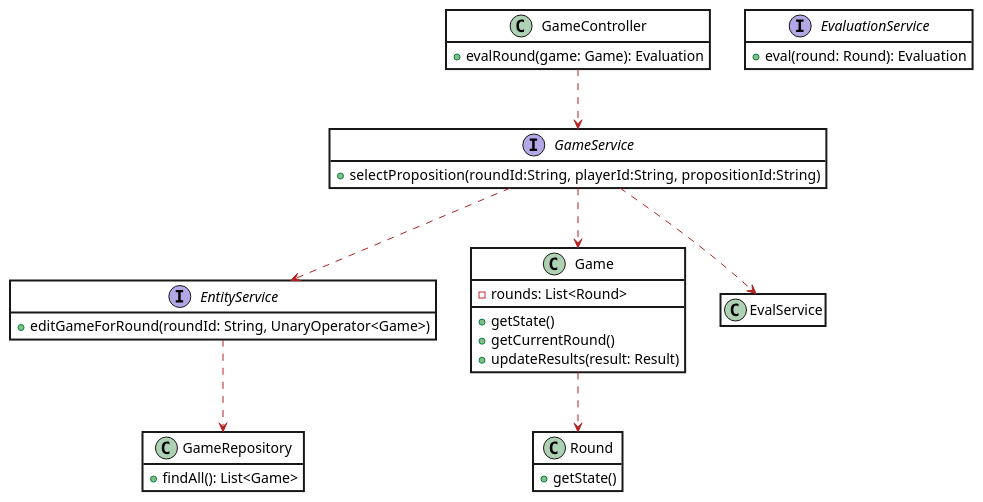
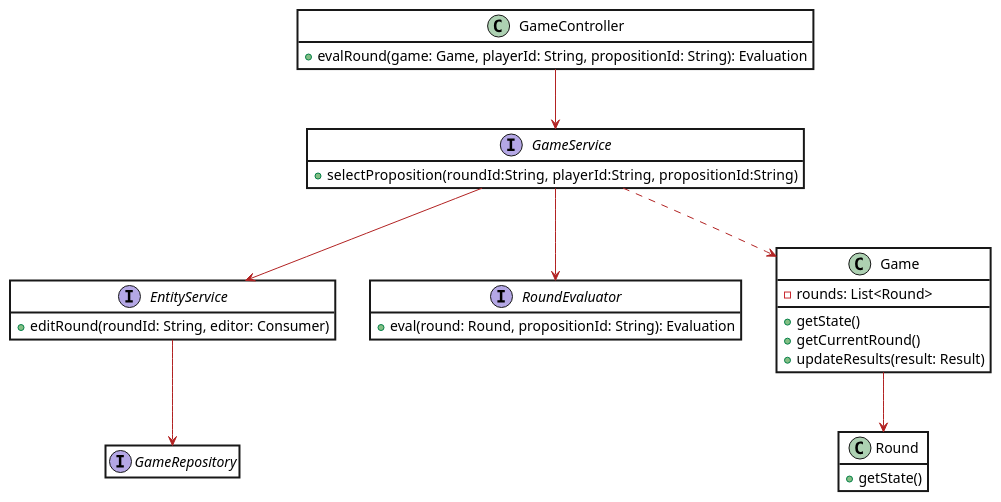
The diagram in docs/diagrams/DCD_evaluation_round.plantuml (patrickwinti/worldwidewalter), drawn with PlantUML before and after one commit. The commit also changed 3 other files, not shown here.

```diff
--- a/docs/diagrams/DCD_evaluation_round.plantuml
+++ b/docs/diagrams/DCD_evaluation_round.plantuml
@@ -1,51 +1,49 @@
 @startuml
 skinparam class {
     BackgroundColor white
     ArrowColor Firebrick
     BorderThickness 2
 }
 skinparam roundcorner 0
 skinparam packagestyle Frame
 hide empty members
 
 interface GameService {
     +selectProposition(roundId:String,  playerId:String,  propositionId:String)
 }
 
 interface EntityService {
-    +editGameForRound(roundId: String, UnaryOperator<Game>)
+    +editRound(roundId: String, editor: Consumer)
 }
 
-interface EvaluationService {
-    +eval(round: Round): Evaluation
+interface RoundEvaluator {
+    +eval(round: Round, propositionId: String): Evaluation
 }
 
 class Game {
     -rounds: List<Round>
     +getState()
     +getCurrentRound()
     +updateResults(result: Result)
 }
 
 class Round {
     +getState()
 }
 
-class GameRepository {
-    +findAll(): List<Game>
-}
+interface GameRepository
 
 class GameController {
-    +evalRound(game: Game): Evaluation
+    +evalRound(game: Game, playerId: String, propositionId: String): Evaluation
 }
 
 
-GameController ..> GameService
-GameService ..> EntityService
-GameService ..> EvalService
+GameController --> GameService
+GameService --> EntityService
+GameService --> RoundEvaluator
 GameService ..> Game
-EntityService ..> GameRepository
-Game..> Round
+EntityService --> GameRepository
+Game --> Round
 
 
 @enduml
```
